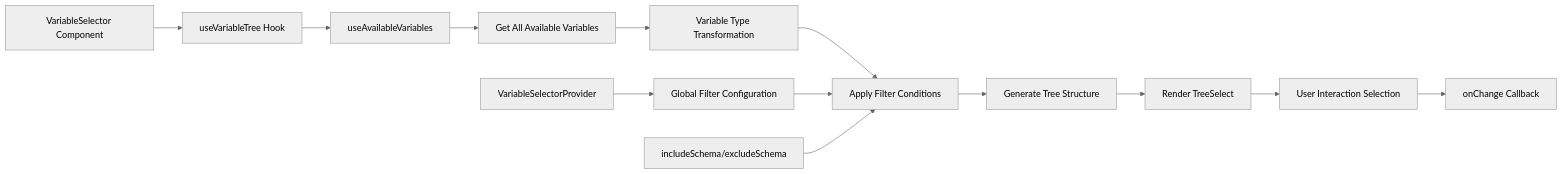
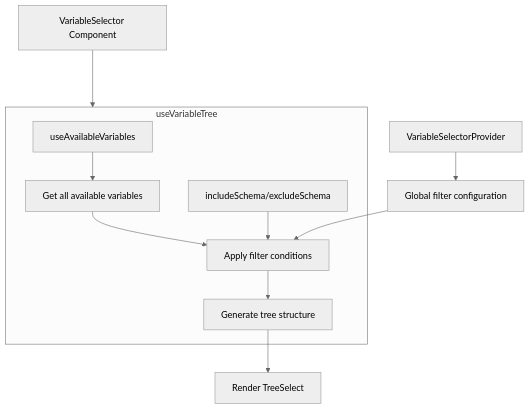
The diagram in apps/docs/src/en/guide/materials/components/variable-selector.mdx (sanmaopep/flowgram.ai), drawn with Mermaid (neutral theme) before and after one commit. The commit also changed other lines of this file and 10 other files, not shown here.

````diff
--- a/apps/docs/src/en/guide/materials/components/variable-selector.mdx
+++ b/apps/docs/src/en/guide/materials/components/variable-selector.mdx
@@ -138,17 +140,15 @@
 ```mermaid
-graph LR
-    A[VariableSelector Component] --> B[useVariableTree Hook]
-    B --> C[useAvailableVariables]
-    C --> D[Get All Available Variables]
-    D --> E[Variable Type Transformation]
-    E --> F[Apply Filter Conditions]
-    F --> G[Generate Tree Structure]
+graph TD
+    A[VariableSelector Component] ---> useVariableTree
+
+    K[VariableSelectorProvider] --> L[Global filter configuration]
+    subgraph useVariableTree
+      C[useAvailableVariables] --> D[Get all available variables]
+      D --> F[Apply filter conditions]
+      F --> G[Generate tree structure]
+      M[includeSchema/excludeSchema] --> F
+    end
+
     G --> H[Render TreeSelect]
-    H --> I[User Interaction Selection]
-    I --> J[onChange Callback]
-
-    K[VariableSelectorProvider] --> L[Global Filter Configuration]
     L --> F
-
-    M[includeSchema/excludeSchema] --> F
 ```
````
